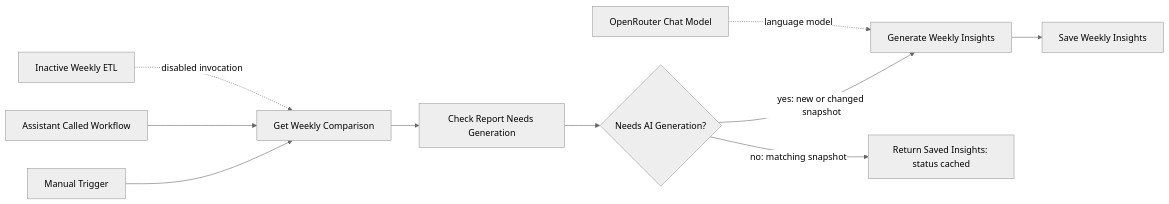
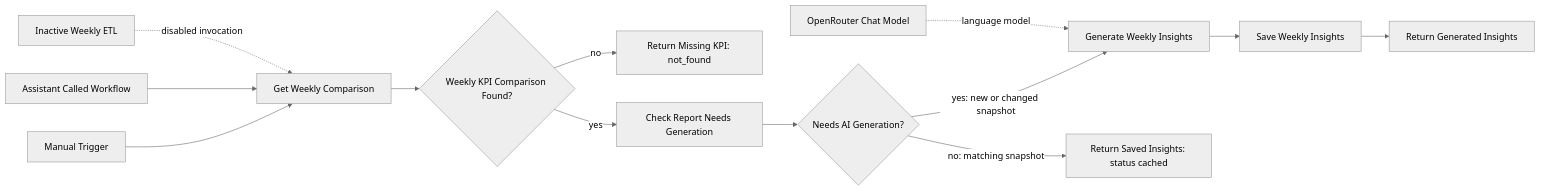
Before and after one commit to cizmeli/ga4-ai-analytics-automation: the diagram in workflows/docs/ga4-weekly-ai-insights.md, drawn with Mermaid (neutral theme). The commit also changed other lines of this file, not shown here.

Commit message:
docs: include missing KPI and generated insights branches

````diff
--- a/workflows/docs/ga4-weekly-ai-insights.md
+++ b/workflows/docs/ga4-weekly-ai-insights.md
@@ -45,12 +47,15 @@
 ```mermaid
 flowchart LR
   M[Manual Trigger] --> Q[Get Weekly Comparison]
   C[Assistant Called Workflow] --> Q
   ETL[Inactive Weekly ETL] -. disabled invocation .-> Q
-  Q --> K[Check Report Needs Generation]
+  Q --> F{Weekly KPI Comparison Found?}
+  F -->|no| MK[Return Missing KPI: not_found]
+  F -->|yes| K[Check Report Needs Generation]
   K --> B{Needs AI Generation?}
   B -->|yes: new or changed snapshot| L[Generate Weekly Insights]
   L --> S[Save Weekly Insights]
+  S --> RG[Return Generated Insights]
   B -->|no: matching snapshot| R[Return Saved Insights: status cached]
   O[OpenRouter Chat Model] -. language model .-> L
 ```
````
